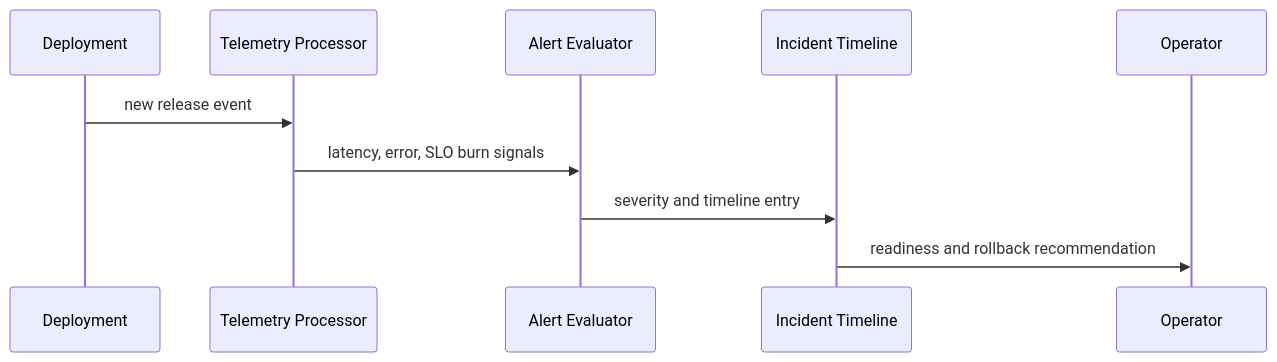
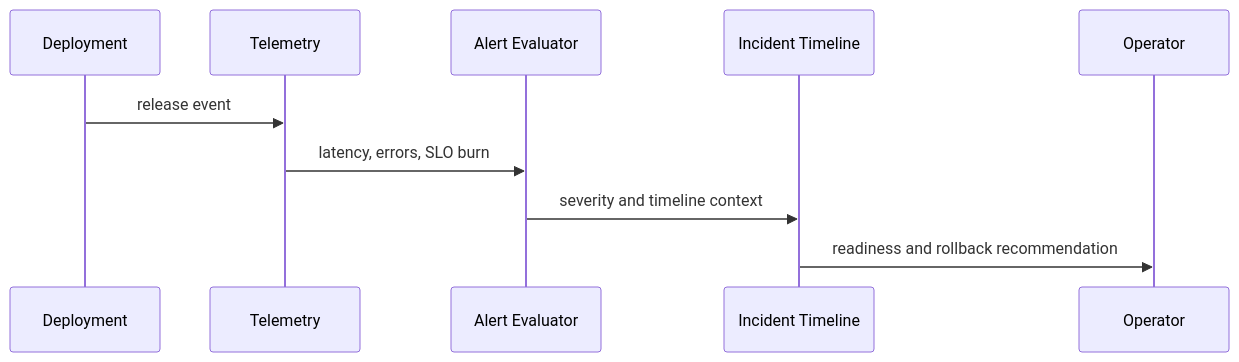
The third of 3 diagrams in README.md (obone410/Aegis-Monitor), drawn with Mermaid before and after one commit. The commit also changed other lines of this file and 9 other files, not shown here.

````diff
--- a/README.md
+++ b/README.md
@@ -103,12 +102,12 @@
 ```mermaid
 sequenceDiagram
   participant Deploy as Deployment
-  participant Telemetry as Telemetry Processor
+  participant Telemetry as Telemetry
   participant Alert as Alert Evaluator
   participant Incident as Incident Timeline
   participant Operator as Operator
-  Deploy->>Telemetry: new release event
-  Telemetry->>Alert: latency, error, SLO burn signals
-  Alert->>Incident: severity and timeline entry
+  Deploy->>Telemetry: release event
+  Telemetry->>Alert: latency, errors, SLO burn
+  Alert->>Incident: severity and timeline context
   Incident->>Operator: readiness and rollback recommendation
 ```
````
